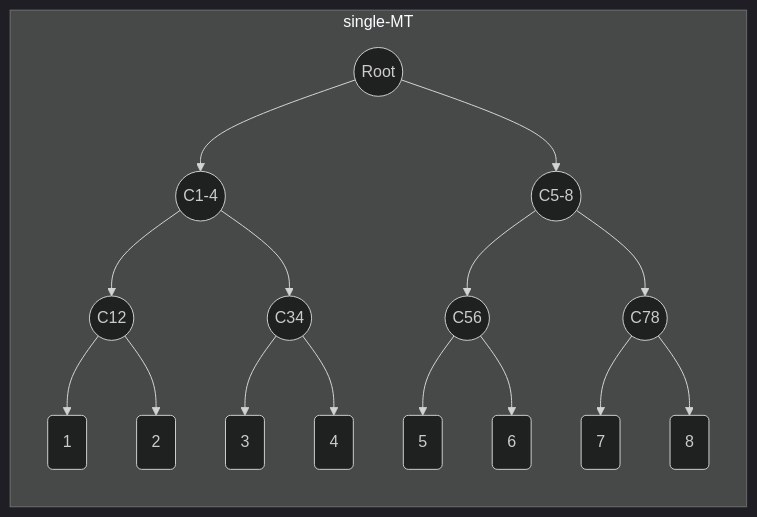
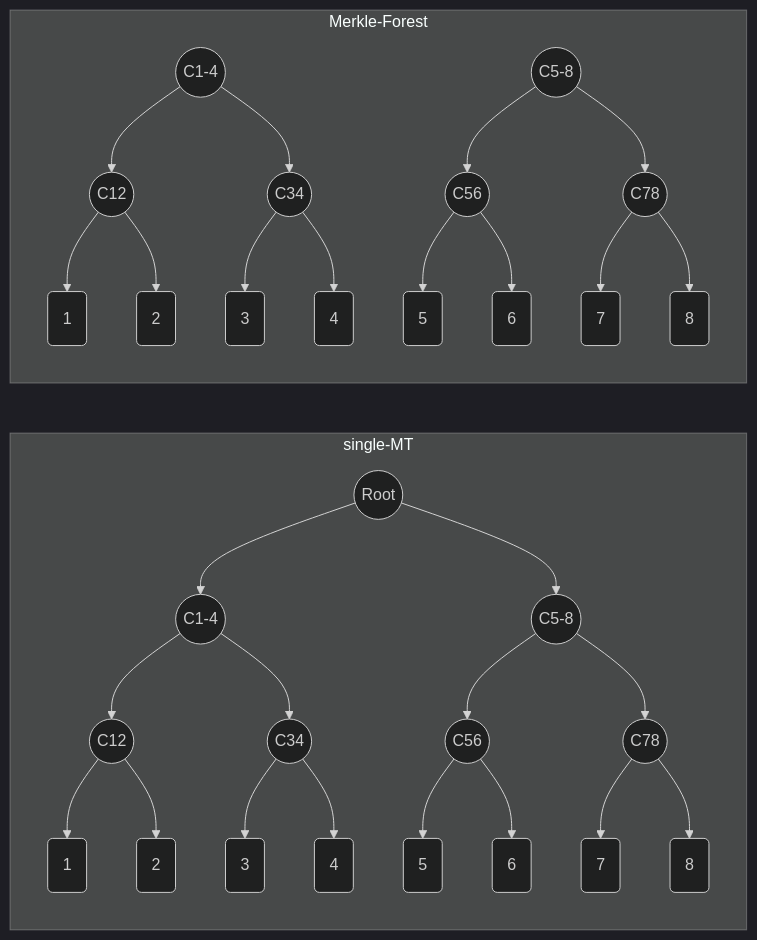
Before and after one commit to Poseidon-ZKP/merkle-forest: the diagram in README.md, drawn with Mermaid (dark theme).

````diff
--- a/README.md
+++ b/README.md
@@ -29,12 +29,22 @@
 ```mermaid
     graph LR;
         subgraph single-MT
             R((Root))-->C1234 & C5678;
             C1234((C1-4)) --> C12((C12)) & C34((C34));
             C5678((C5-8)) --> C56((C56)) & C78((C78));
             C12-->L1(1) & L2(2)
             C34-->L3(3) & L4(4)
             C56-->L5(5) & L6(6)
             C78-->L7(7) & L8(8)
         end
+
+        subgraph Merkle-Forest
+            FC1234((C1-4)) --> FC12((C12)) & FC34((C34));
+            FC5678((C5-8)) --> FC56((C56)) & FC78((C78));
+            FC12-->FL1(1) & FL2(2)
+            FC34-->FL3(3) & FL4(4)
+            FC56-->FL5(5) & FL6(6)
+            FC78-->FL7(7) & FL8(8)
+        end
+
 ```
````
